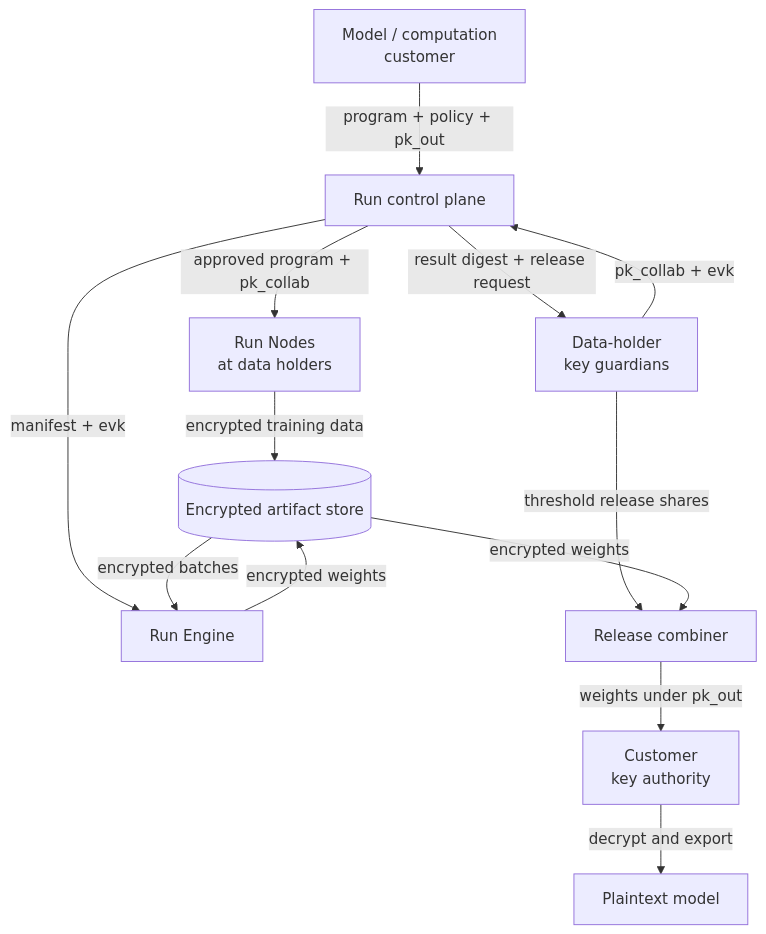
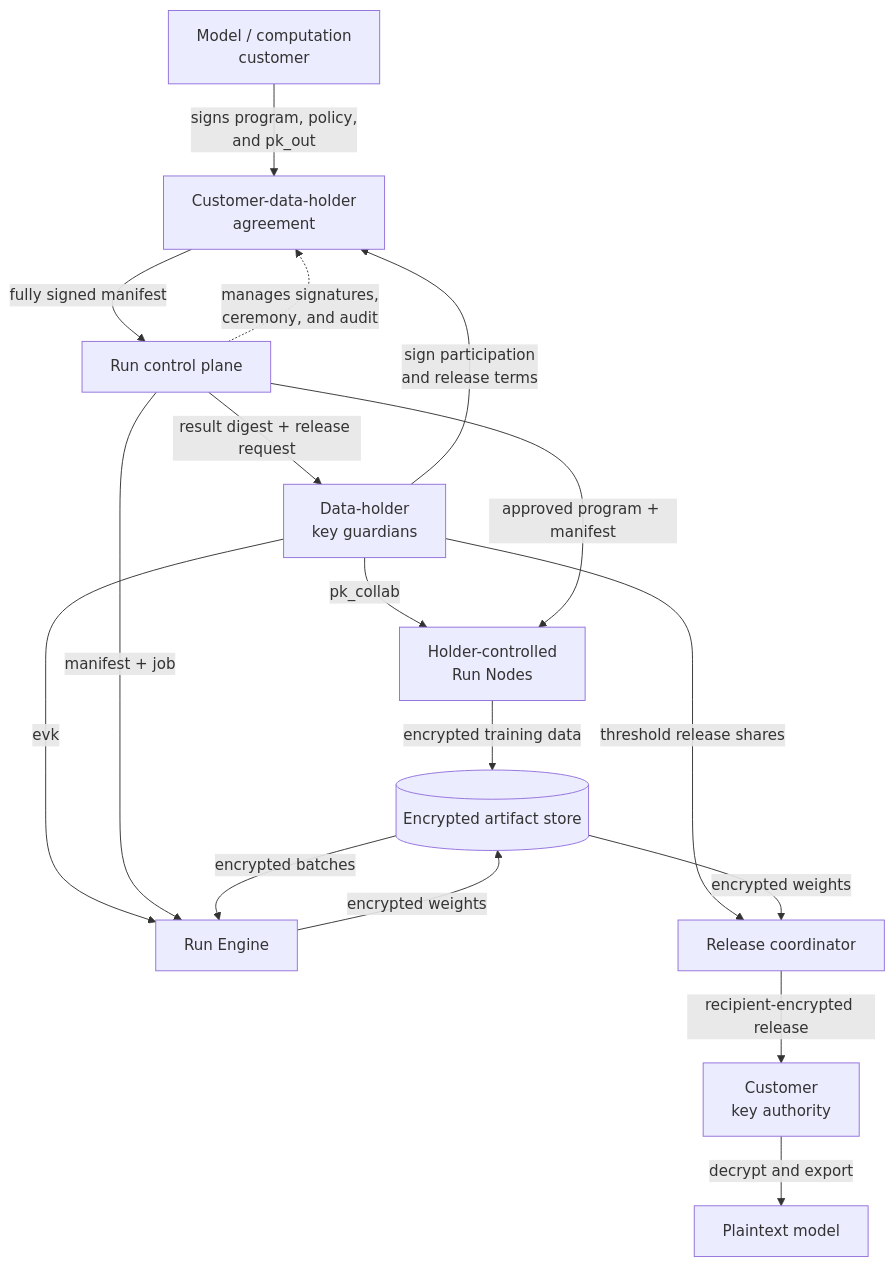
The diagram in product-architecture.md (p-tequila/ftpz), drawn with Mermaid before and after one commit. The commit also changed other lines of this file and 4 other files, not shown here.

Commit message:
docs: refine Run key governance

````diff
--- a/product-architecture.md
+++ b/product-architecture.md
@@ -57,15 +67,19 @@
 ```mermaid
 flowchart TB
-    C[Model / computation<br/>customer] -->|program + policy + pk_out| CP[Run control plane]
-    G[Data-holder<br/>key guardians] -->|pk_collab + evk| CP
-    CP -->|approved program + pk_collab| N[Run Nodes<br/>at data holders]
+    C[Model / computation<br/>customer] -->|signs program, policy,<br/>and pk_out| A[Customer-data-holder<br/>agreement]
+    G[Data-holder<br/>key guardians] -->|sign participation<br/>and release terms| A
+    CP[Run control plane] -.->|manages signatures,<br/>ceremony, and audit| A
+    A -->|fully signed manifest| CP
+    G -->|pk_collab| N[Holder-controlled<br/>Run Nodes]
+    G -->|evk| E[Run Engine]
+    CP -->|approved program + manifest| N
     N -->|encrypted training data| S[(Encrypted artifact store)]
-    CP -->|manifest + evk| E[Run Engine]
+    CP -->|manifest + job| E
     S -->|encrypted batches| E
     E -->|encrypted weights| S
     CP -->|result digest + release request| G
-    G -->|threshold release shares| R[Release combiner]
+    G -->|threshold release shares| R[Release coordinator]
     S -->|encrypted weights| R
-    R -->|weights under pk_out| K[Customer<br/>key authority]
+    R -->|recipient-encrypted release| K[Customer<br/>key authority]
     K -->|decrypt and export| M[Plaintext model]
 ```
````
